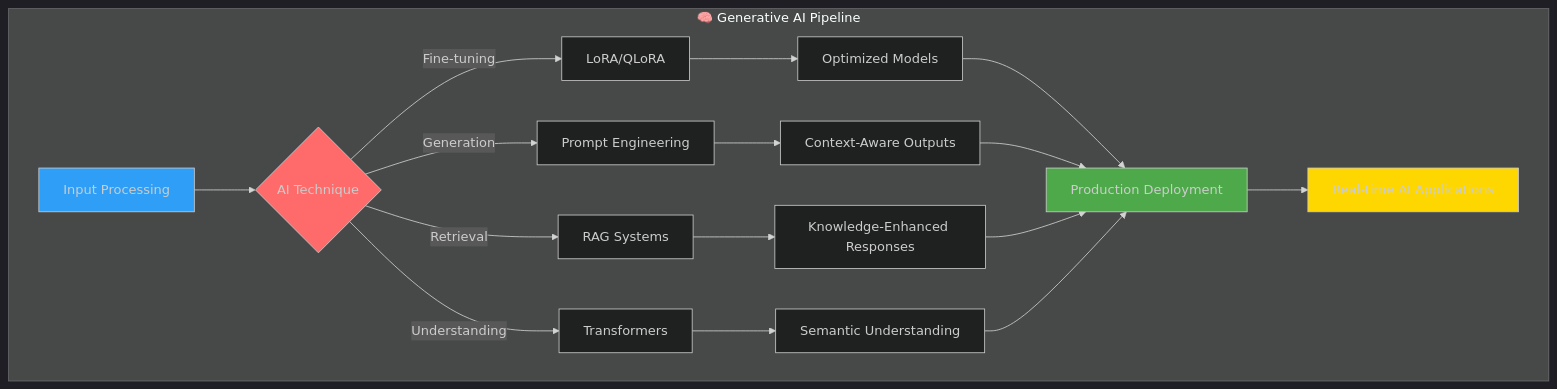
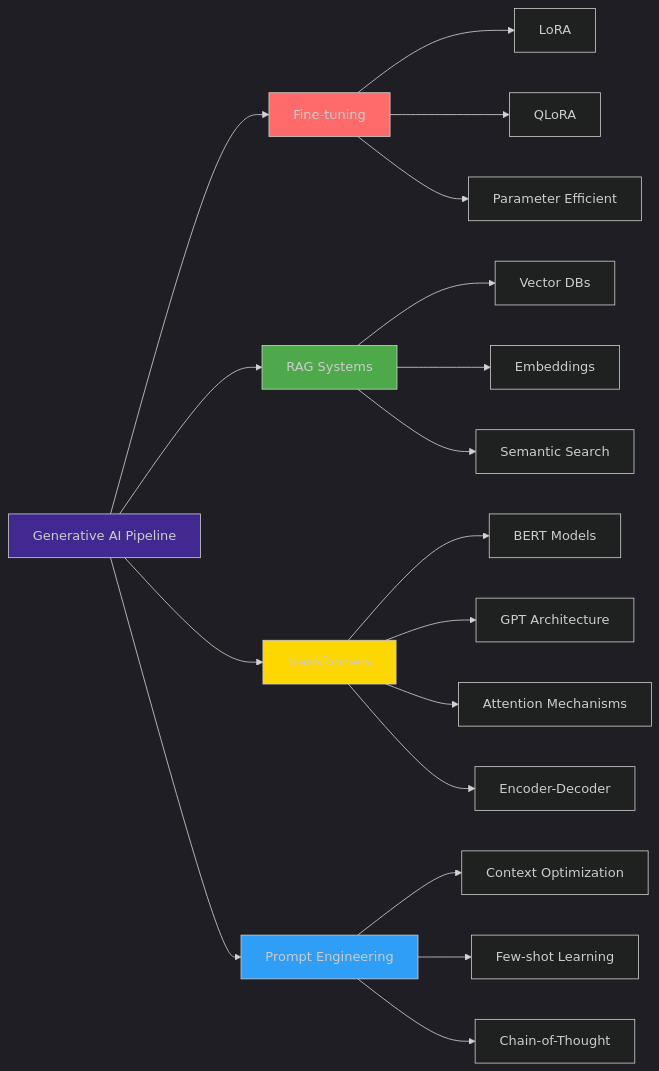
The second of 3 diagrams in README.md (suyashagrahari/suyashagrahari), drawn with Mermaid before and after one commit. The commit also changed other lines of this file, not shown here.

````diff
--- a/README.md
+++ b/README.md
@@ -201,29 +263,31 @@
 ```mermaid
 %%{init: {'theme':'dark'}}%%
-graph TB
-    subgraph "🧠 Generative AI Pipeline"
-        A[Input Processing] --> B{AI Technique}
-        
-        B -->|Fine-tuning| C[LoRA/QLoRA]
-        B -->|Generation| D[Prompt Engineering]
-        B -->|Retrieval| E[RAG Systems]
-        B -->|Understanding| F[Transformers]
-        
-        C --> G[Optimized Models]
-        D --> H[Context-Aware Outputs]
-        E --> I[Knowledge-Enhanced Responses]
-        F --> J[Semantic Understanding]
-        
-        G --> K[Production Deployment]
-        H --> K
-        I --> K
-        J --> K
-        
-        K --> L[Real-time AI Applications]
-    end
+graph LR
+    A[Generative AI Pipeline] --> B[Fine-tuning]
+    A --> C[RAG Systems]
+    A --> D[Transformers]
+    A --> E[Prompt Engineering]
     
-    style A fill:#2E9EF7
+    B --> B1[LoRA]
+    B --> B2[QLoRA]
+    B --> B3[Parameter Efficient]
+    
+    C --> C1[Vector DBs]
+    C --> C2[Embeddings]
+    C --> C3[Semantic Search]
+    
+    D --> D1[BERT Models]
+    D --> D2[GPT Architecture]
+    D --> D3[Attention Mechanisms]
+    D --> D4[Encoder-Decoder]
+    
+    E --> E1[Context Optimization]
+    E --> E2[Few-shot Learning]
+    E --> E3[Chain-of-Thought]
+    
+    style A fill:#412991
     style B fill:#FF6B6B
-    style K fill:#4EA94B
-    style L fill:#FFD700
+    style C fill:#4EA94B
+    style D fill:#FFD700
+    style E fill:#2E9EF7
 ```
````
